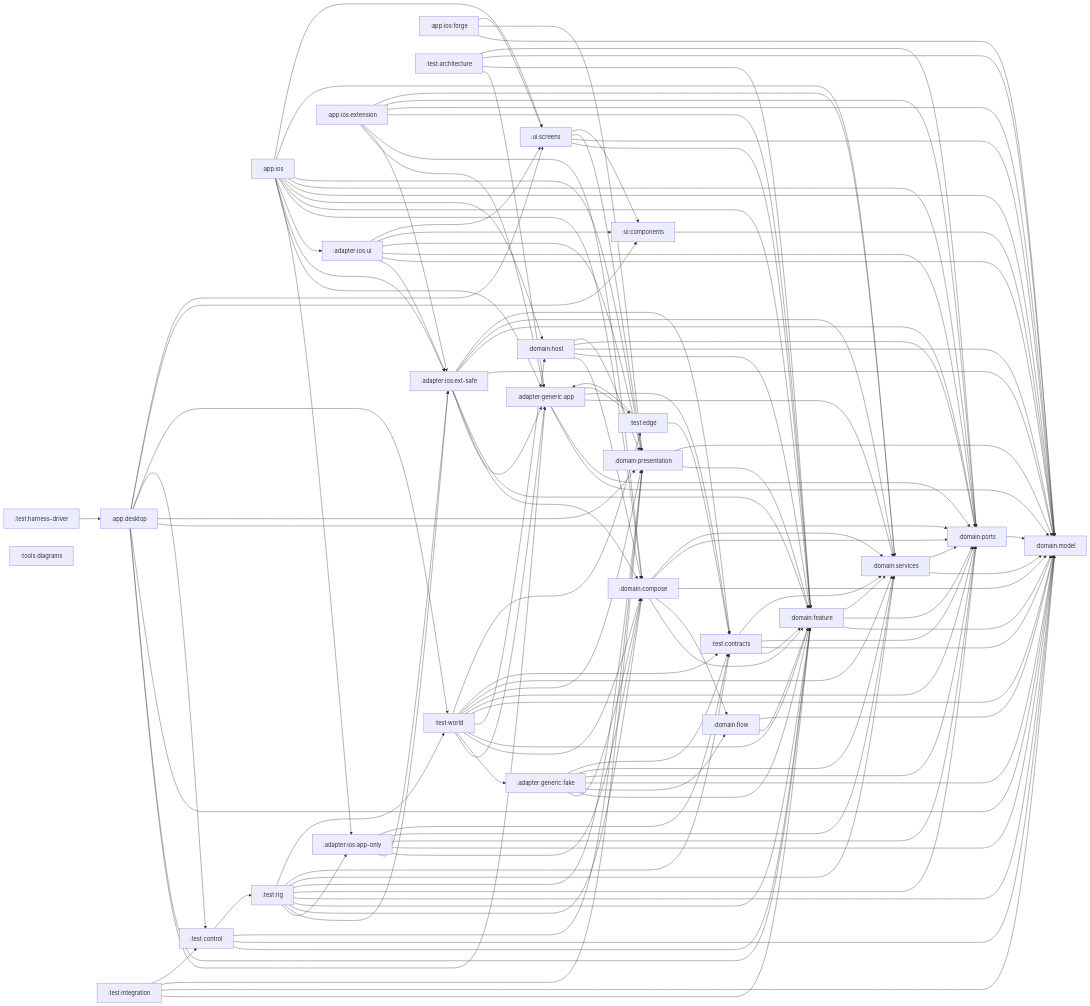
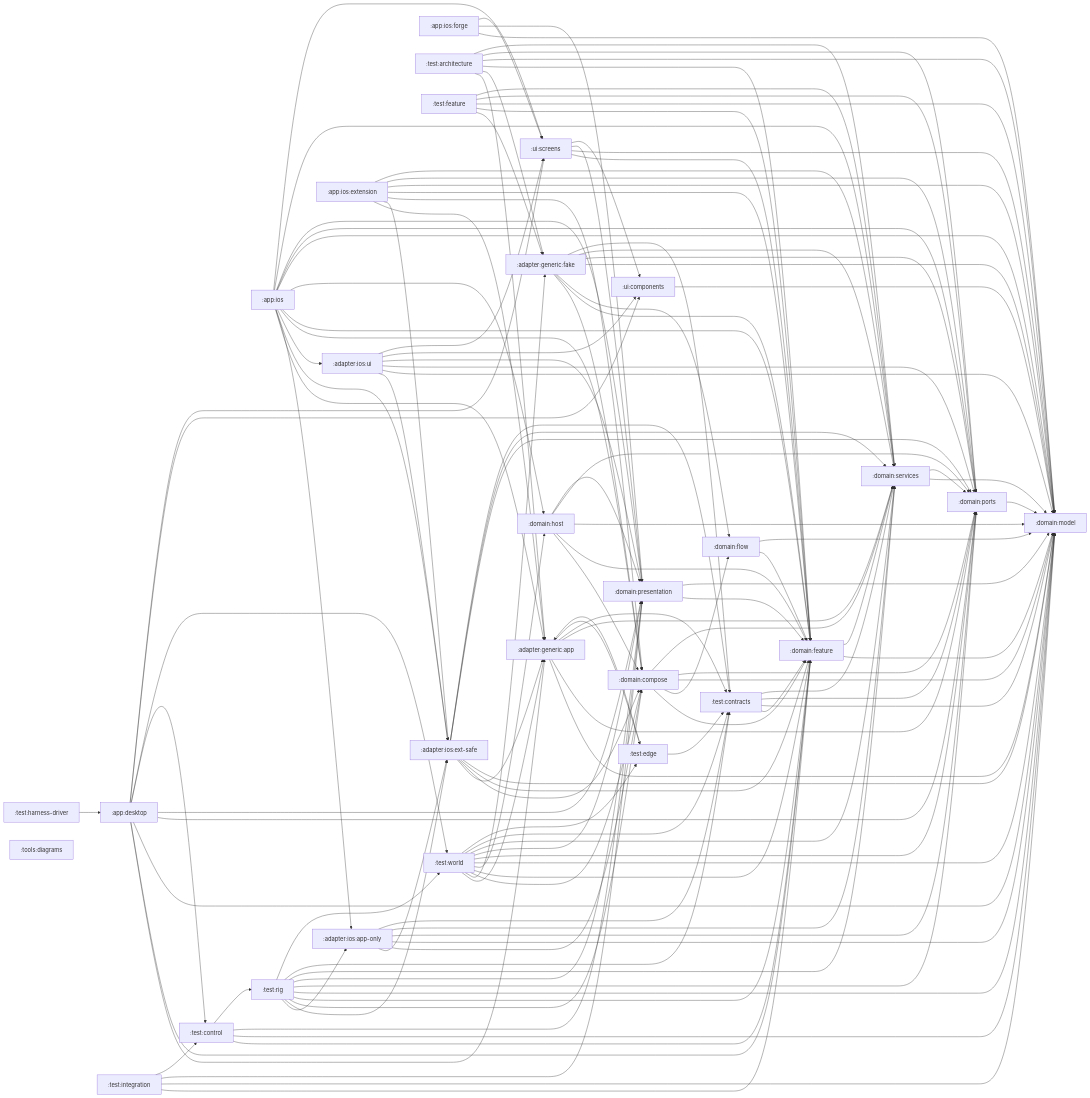
The diagram in architecture/modules.md (stefanhoelzl/SnapSync), drawn with Mermaid before and after one commit. The commit also changed 285 other files, not shown here.

First line of the commit message:
internal(feature-cut): features see services only — the feature → ports edge is gone

```diff
--- a/architecture/modules.md
+++ b/architecture/modules.md
@@ -30,6 +30,7 @@
   test_contracts[":test:contracts"]
   test_control[":test:control"]
   test_edge[":test:edge"]
+  test_feature[":test:feature"]
   test_harness_driver[":test:harness-driver"]
   test_integration[":test:integration"]
   test_rig[":test:rig"]
@@ -105,7 +106,6 @@
   domain_compose --> domain_ports
   domain_compose --> domain_services
   domain_feature --> domain_model
-  domain_feature --> domain_ports
   domain_feature --> domain_services
   domain_flow --> domain_feature
   domain_flow --> domain_model
@@ -120,9 +120,11 @@
   domain_services --> domain_model
   domain_services --> domain_ports
   test_architecture --> adapter_generic_app
+  test_architecture --> adapter_generic_fake
   test_architecture --> domain_feature
   test_architecture --> domain_model
   test_architecture --> domain_ports
+  test_architecture --> domain_services
   test_contracts --> domain_feature
   test_contracts --> domain_model
   test_contracts --> domain_ports
@@ -133,6 +135,11 @@
   test_control --> test_rig
   test_edge --> adapter_generic_app
   test_edge --> test_contracts
+  test_feature --> adapter_generic_fake
+  test_feature --> domain_feature
+  test_feature --> domain_model
+  test_feature --> domain_ports
+  test_feature --> domain_services
   test_harness_driver --> app_desktop
   test_integration --> domain_feature
   test_integration --> domain_model
```
